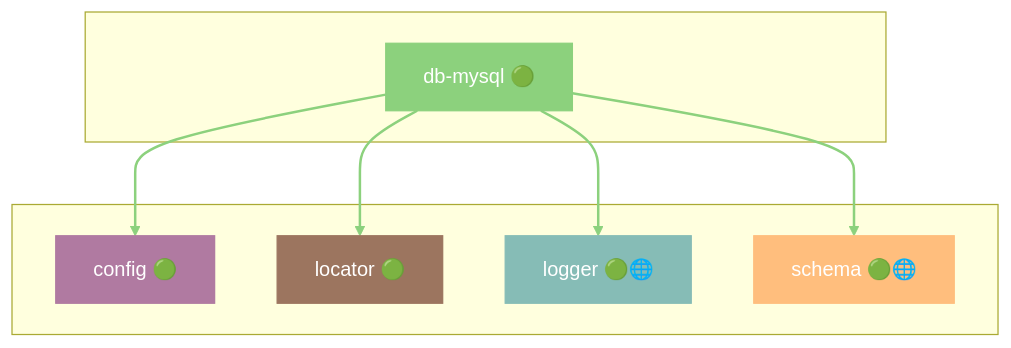
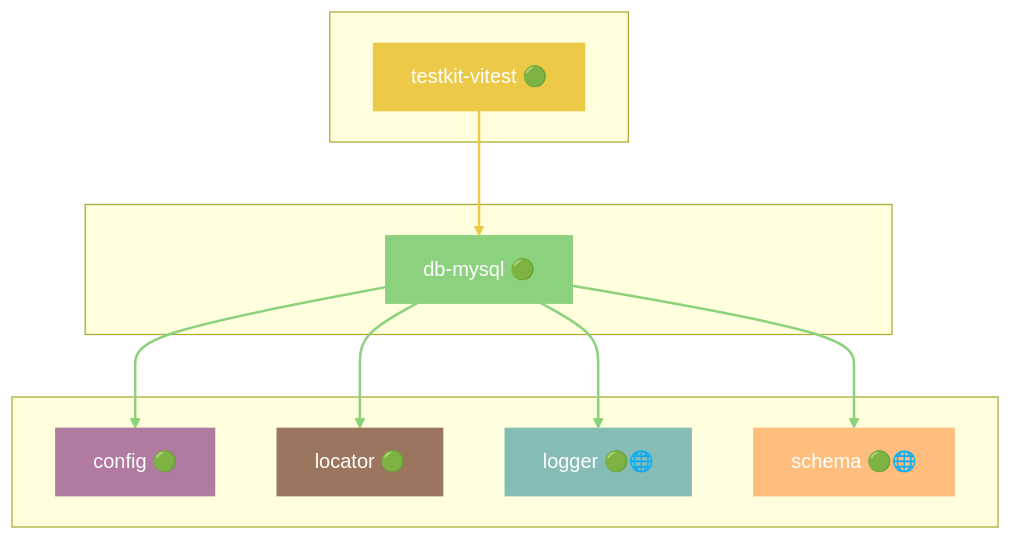
Before and after one commit to grest-ts/grest-ts: diagram 13 of 46 in docs/DEPENDENCIES.md, drawn with Mermaid. The commit also changed other lines of this file and 6 other files, not shown here.

````diff
--- a/docs/DEPENDENCIES.md
+++ b/docs/DEPENDENCIES.md
@@ -795,25 +811,31 @@
 ```mermaid
 flowchart TB
+    subgraph Dependents[" "]
+        testkit-vitest["testkit-vitest 🟢"]
+    end
     subgraph Package[" "]
         db-mysql["db-mysql 🟢"]
     end
     subgraph Dependencies[" "]
         config["config 🟢"]
         locator["locator 🟢"]
         logger["logger 🟢🌐"]
         schema["schema 🟢🌐"]
     end
+    testkit-vitest --> db-mysql
     db-mysql --> config
     db-mysql --> locator
     db-mysql --> logger
     db-mysql --> schema
     style db-mysql fill:#8CD17D,stroke:#8CD17D,color:#fff
+    style testkit-vitest fill:#EDC948,stroke:#EDC948,color:#fff
     style config fill:#B07AA1,stroke:#B07AA1,color:#fff
     style locator fill:#9C755F,stroke:#9C755F,color:#fff
     style logger fill:#86BCB6,stroke:#86BCB6,color:#fff
     style schema fill:#FFBE7D,stroke:#FFBE7D,color:#fff
-    linkStyle 0 stroke:#8CD17D,stroke-width:2px
+    linkStyle 0 stroke:#EDC948,stroke-width:2px
     linkStyle 1 stroke:#8CD17D,stroke-width:2px
     linkStyle 2 stroke:#8CD17D,stroke-width:2px
     linkStyle 3 stroke:#8CD17D,stroke-width:2px
+    linkStyle 4 stroke:#8CD17D,stroke-width:2px
 ```
````
